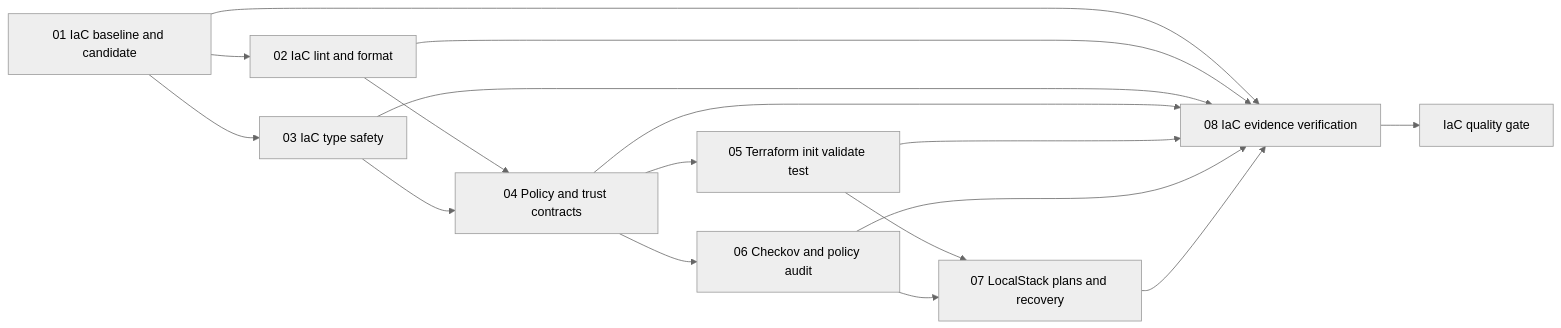
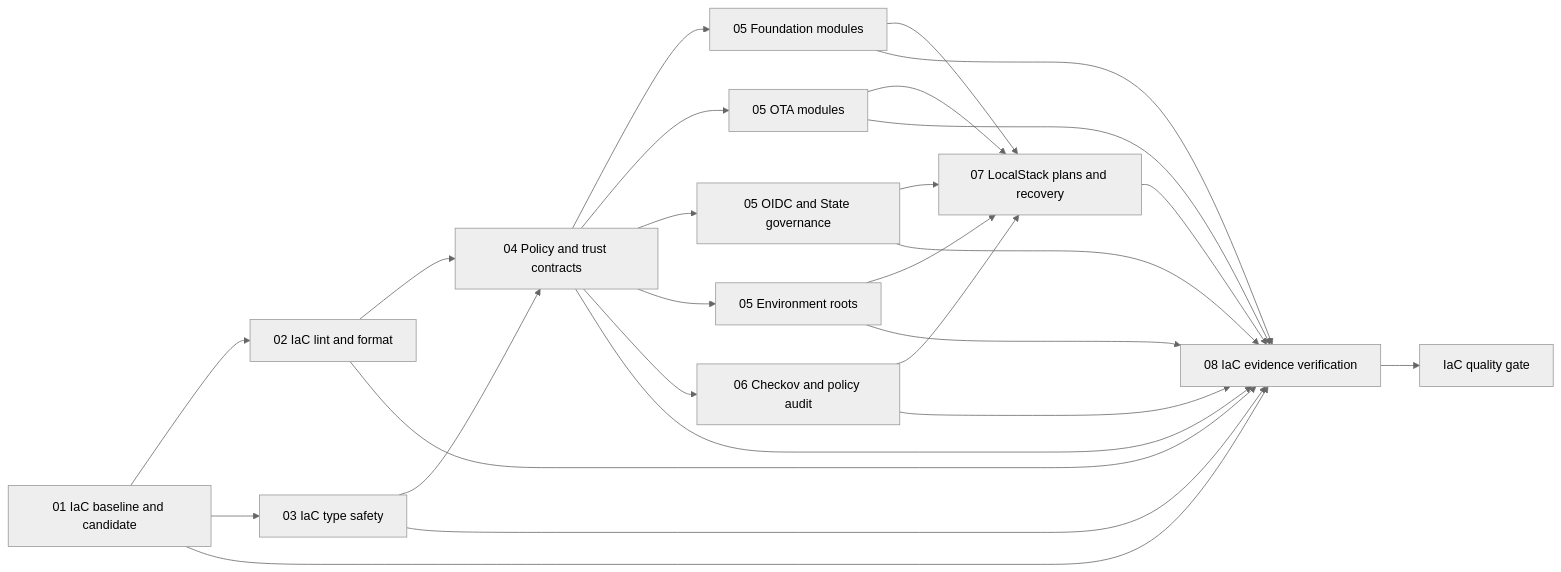
Before and after one commit to SKYBREAKERZERO/ConnectedVehicle-AIoT-Enterprise: the second of 2 diagrams in docs/cicd-multi-node-pipelines.md, drawn with Mermaid (neutral theme). The commit also changed other lines of this file and 9 other files, not shown here.

````diff
--- a/docs/cicd-multi-node-pipelines.md
+++ b/docs/cicd-multi-node-pipelines.md
@@ -42,19 +42,28 @@
 ```mermaid
 flowchart LR
     B[01 IaC baseline and candidate] --> L[02 IaC lint and format]
     B --> T[03 IaC type safety]
     L --> U[04 Policy and trust contracts]
     T --> U
-    U --> C[05 Terraform init validate test]
+    U --> C1[05 Foundation modules]
+    U --> C2[05 OTA modules]
+    U --> C3[05 OIDC and State governance]
+    U --> C4[05 Environment roots]
     U --> S[06 Checkov and policy audit]
-    C --> N[07 LocalStack plans and recovery]
+    C1 --> N[07 LocalStack plans and recovery]
+    C2 --> N
+    C3 --> N
+    C4 --> N
     S --> N
     B --> E[08 IaC evidence verification]
     L --> E
     T --> E
     U --> E
-    C --> E
+    C1 --> E
+    C2 --> E
+    C3 --> E
+    C4 --> E
     S --> E
     N --> E
     E --> G[IaC quality gate]
 ```
````
